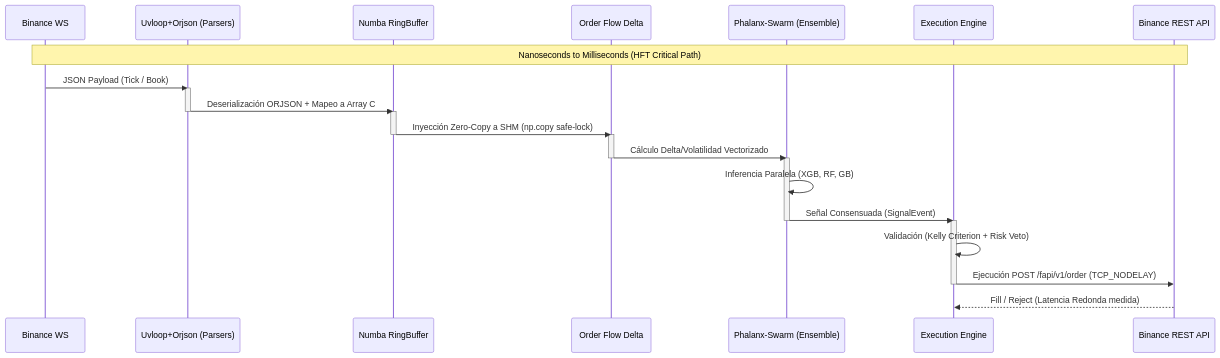
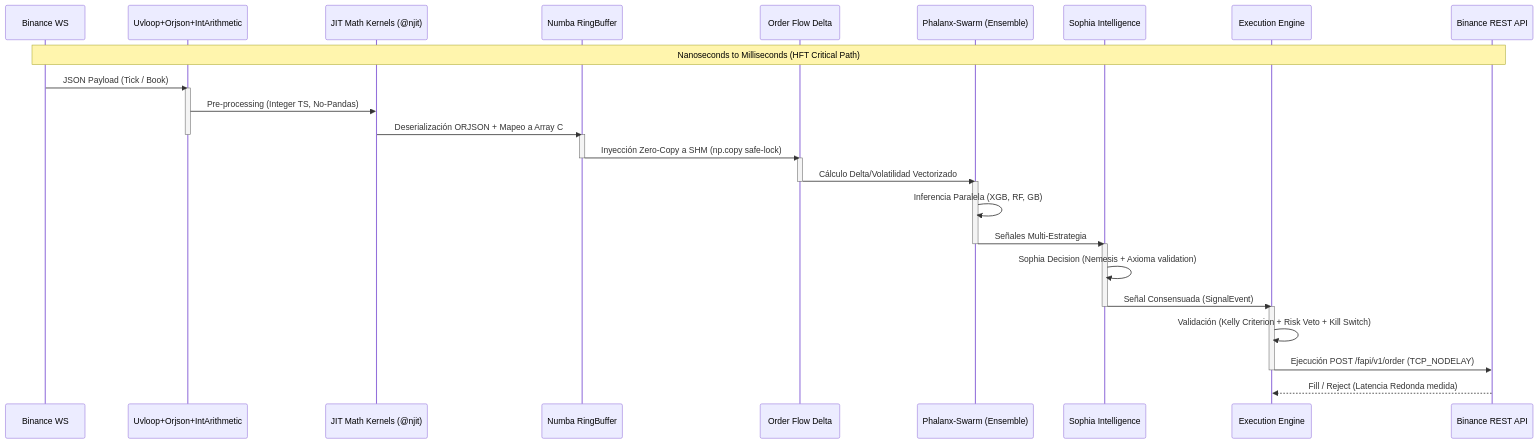
The third of 5 diagrams in docs/ARCHITECTURE.md (Jhona-la/Trader-Gemini), drawn with Mermaid before and after one commit. The commit also changed other lines of this file and 326 other files, not shown here.

Commit message:
refactor: restructure project architecture by adding core modules, automated testing, and diagnostic tools while cleaning up legacy scripts and result logs.

````diff
--- a/docs/ARCHITECTURE.md
+++ b/docs/ARCHITECTURE.md
@@ -103,37 +474,45 @@
 ```mermaid
 sequenceDiagram
     participant B as Binance WS
-    participant WS as Uvloop+Orjson (Parsers)
+    participant WS as Uvloop+Orjson+IntArithmetic
+    participant MK as JIT Math Kernels (@njit)
     participant RB as Numba RingBuffer
     participant OF as Order Flow Delta
     participant IA as Phalanx-Swarm (Ensemble)
+    participant SO as Sophia Intelligence
     participant EX as Execution Engine
     participant API as Binance REST API
 
     Note over B, API: Nanoseconds to Milliseconds (HFT Critical Path)
     
     B->>WS: JSON Payload (Tick / Book)
     activate WS
-    WS->>RB: Deserialización ORJSON + Mapeo a Array C
+    WS->>MK: Pre-processing (Integer TS, No-Pandas)
+    MK->>RB: Deserialización ORJSON + Mapeo a Array C
     deactivate WS
     
     activate RB
     RB->>OF: Inyección Zero-Copy a SHM (np.copy safe-lock)
     deactivate RB
     
     activate OF
     OF->>IA: Cálculo Delta/Volatilidad Vectorizado
     deactivate OF
     
     activate IA
     IA->>IA: Inferencia Paralela (XGB, RF, GB)
-    IA->>EX: Señal Consensuada (SignalEvent)
+    IA->>SO: Señales Multi-Estrategia
     deactivate IA
+
+    activate SO
+    SO->>SO: Sophia Decision (Nemesis + Axioma validation)
+    SO->>EX: Señal Consensuada (SignalEvent)
+    deactivate SO
     
     activate EX
-    EX->>EX: Validación (Kelly Criterion + Risk Veto)
+    EX->>EX: Validación (Kelly Criterion + Risk Veto + Kill Switch)
     EX->>API: Ejecución POST /fapi/v1/order (TCP_NODELAY)
     deactivate EX
     
     API-->>EX: Fill / Reject (Latencia Redonda medida)
 ```
````
